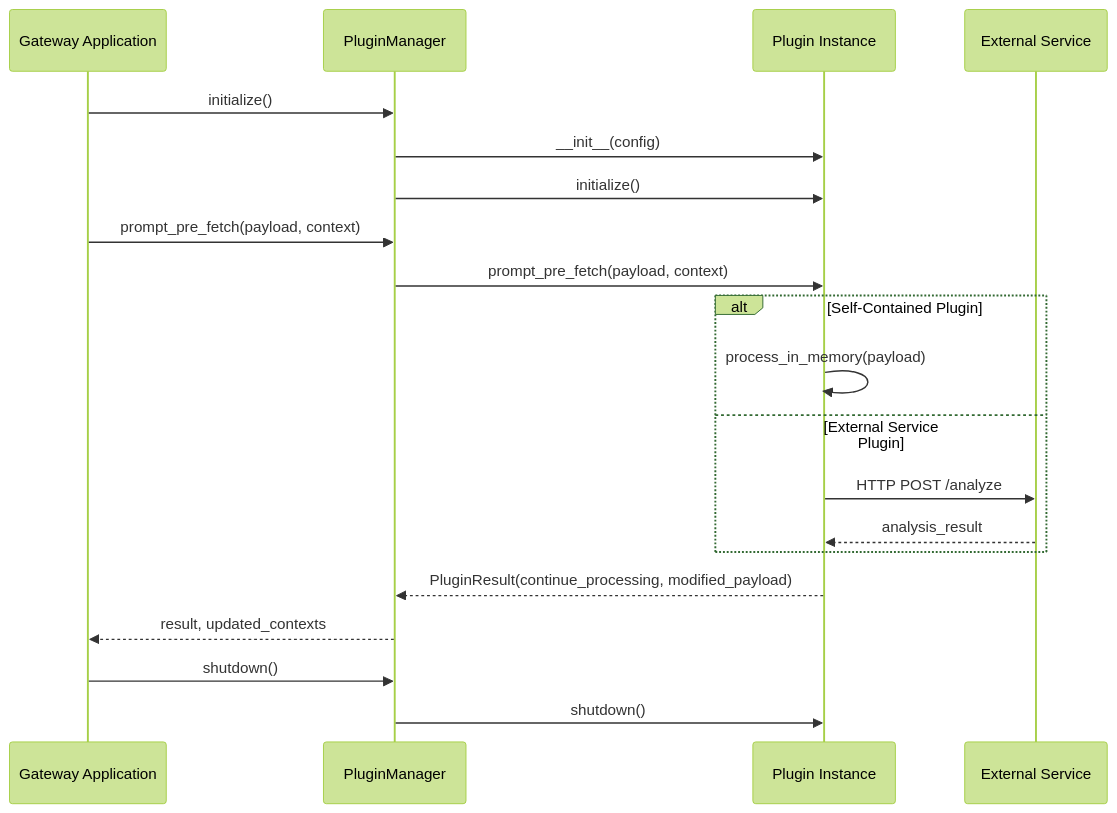
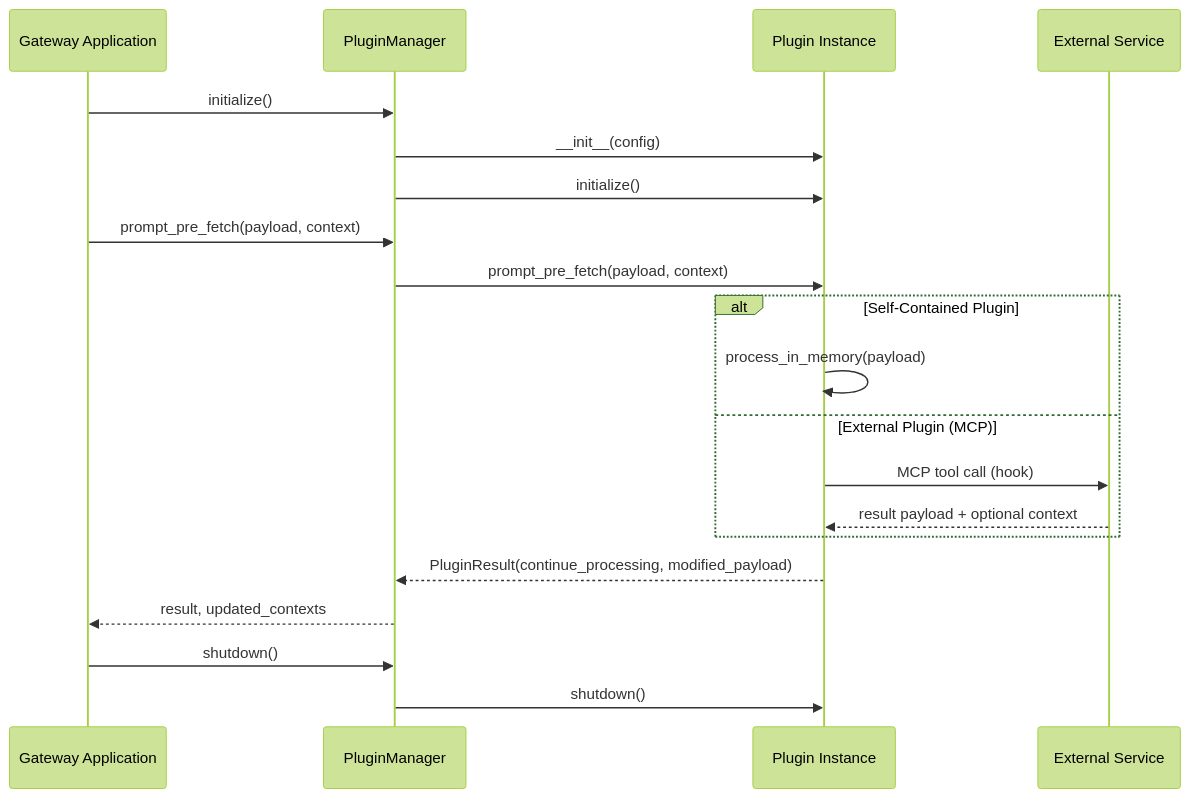
The diagram in docs/docs/architecture/adr/016-plugin-framework-ai-middleware.md (tedhabeck/mcp-context-forge), drawn with Mermaid (forest theme) before and after one commit. The commit also changed other lines of this file and 33 other files, not shown here.

````diff
--- a/docs/docs/architecture/adr/016-plugin-framework-ai-middleware.md
+++ b/docs/docs/architecture/adr/016-plugin-framework-ai-middleware.md
@@ -192,27 +183,27 @@
 ```mermaid
 sequenceDiagram
     participant App as Gateway Application
     participant PM as PluginManager
     participant Plugin as Plugin Instance
     participant Service as External Service
 
     App->>PM: initialize()
     PM->>Plugin: __init__(config)
     PM->>Plugin: initialize()
 
     App->>PM: prompt_pre_fetch(payload, context)
     PM->>Plugin: prompt_pre_fetch(payload, context)
 
     alt Self-Contained Plugin
         Plugin->>Plugin: process_in_memory(payload)
-    else External Service Plugin
-        Plugin->>Service: HTTP POST /analyze
-        Service-->>Plugin: analysis_result
+    else External Plugin (MCP)
+        Plugin->>Service: MCP tool call (hook)
+        Service-->>Plugin: result payload + optional context
     end
 
     Plugin-->>PM: PluginResult(continue_processing, modified_payload)
     PM-->>App: result, updated_contexts
 
     App->>PM: shutdown()
     PM->>Plugin: shutdown()
 ```
````
